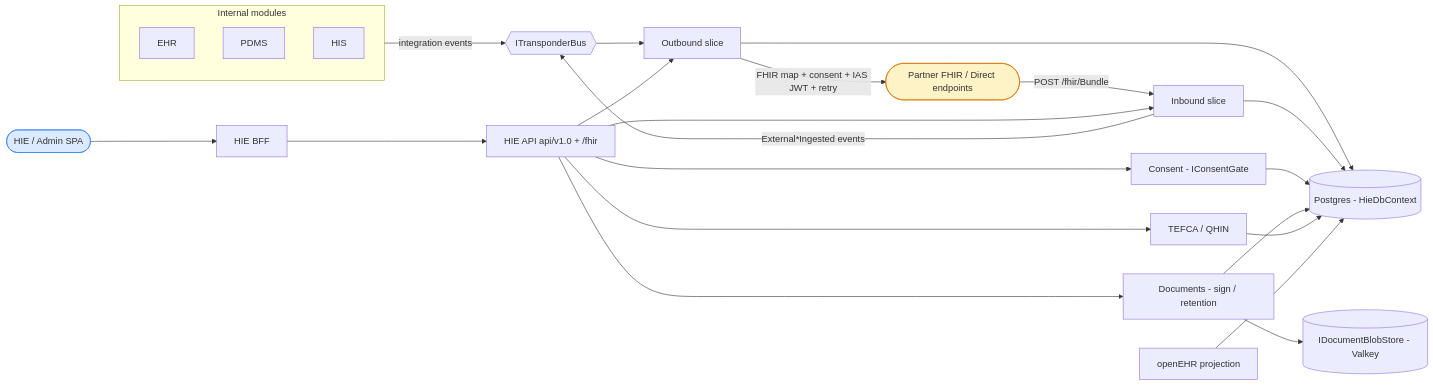
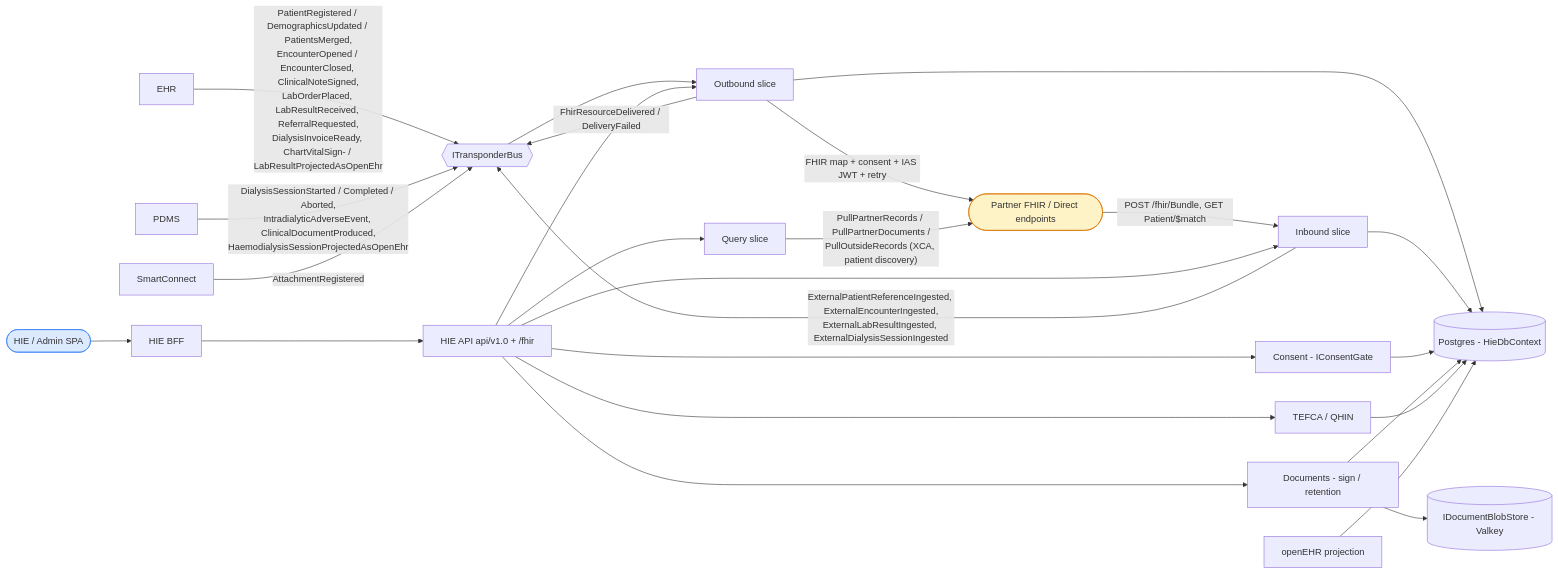
One commit to Ahmed-Shehzad/Dialysis changed the first of 6 diagrams in src/backend/HIE/ARCHITECTURE.md. Above: the diagram before and after it, drawn with Mermaid. The commit also changed other lines of this file and 21 other files, not shown here.

First line of the commit message:
docs: full documentation realignment to HEAD + comprehensive diagram suite (#232)

````diff
--- a/src/backend/HIE/ARCHITECTURE.md
+++ b/src/backend/HIE/ARCHITECTURE.md
@@ -15,27 +15,26 @@
 ```mermaid
 flowchart LR
-    subgraph Internal [Internal modules]
-        EHR[EHR]
-        PDMS[PDMS]
-        HIS[HIS]
-    end
-    Internal -->|integration events| Bus{{ITransponderBus}}
+    EHR[EHR] -->|"PatientRegistered / DemographicsUpdated / PatientsMerged,<br/>EncounterOpened / EncounterClosed, ClinicalNoteSigned,<br/>LabOrderPlaced, LabResultReceived, ReferralRequested,<br/>DialysisInvoiceReady, ChartVitalSign- / LabResultProjectedAsOpenEhr"| Bus{{ITransponderBus}}
+    PDMS[PDMS] -->|"DialysisSessionStarted / Completed / Aborted,<br/>IntradialyticAdverseEvent, ClinicalDocumentProduced,<br/>HaemodialysisSessionProjectedAsOpenEhr"| Bus
+    SC[SmartConnect] -->|AttachmentRegistered| Bus
     Bus --> OUT[Outbound slice]
     OUT -->|FHIR map + consent + IAS JWT + retry| Partner([Partner FHIR / Direct endpoints]):::ext
-    Partner -->|POST /fhir/Bundle| IN[Inbound slice]
-    IN -->|External*Ingested events| Bus
+    Partner -->|"POST /fhir/Bundle, GET Patient/$match"| IN[Inbound slice]
+    IN -->|"ExternalPatientReferenceIngested, ExternalEncounterIngested,<br/>ExternalLabResultIngested, ExternalDialysisSessionIngested"| Bus
+    OUT -->|"FhirResourceDelivered / DeliveryFailed"| Bus
+    QRY[Query slice] -->|"PullPartnerRecords / PullPartnerDocuments /<br/>PullOutsideRecords (XCA, patient discovery)"| Partner
 
     OUT --> DB[(Postgres - HieDbContext)]
     IN --> DB
     Consent[Consent - IConsentGate] --> DB
     Docs[Documents - sign / retention] --> DB
     Docs --> Blob[(IDocumentBlobStore - Valkey)]
     Tefca[TEFCA / QHIN] --> DB
     OpenEhr[openEHR projection] --> DB
 
     SPA([HIE / Admin SPA]):::ui --> BFF[HIE BFF] --> API[HIE API api/v1.0 + /fhir]
-    API --> OUT & IN & Consent & Docs & Tefca
+    API --> OUT & IN & Consent & Docs & Tefca & QRY
 
     classDef ui fill:#dbeafe,stroke:#3b82f6
     classDef ext fill:#fef3c7,stroke:#d97706
 ```
````
